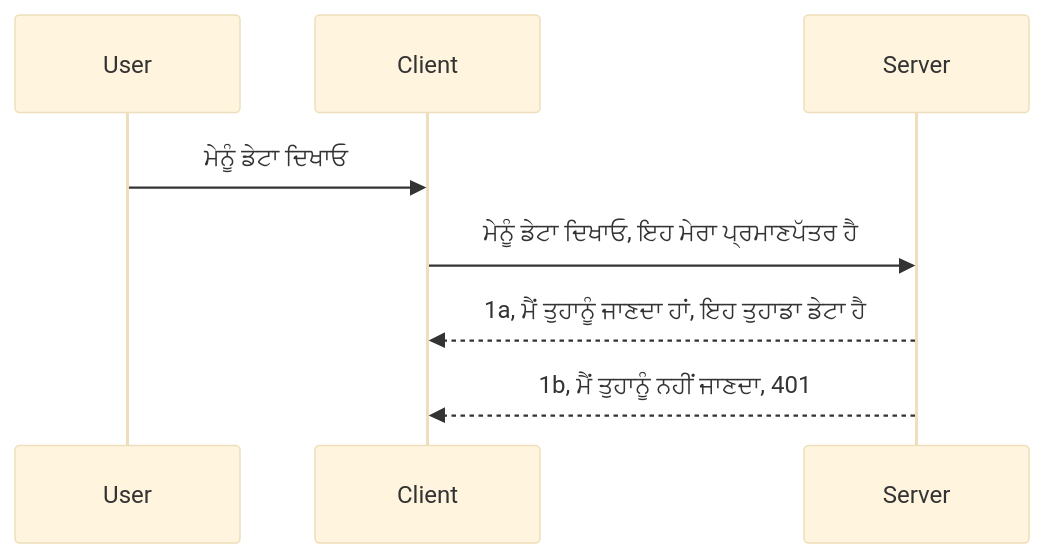
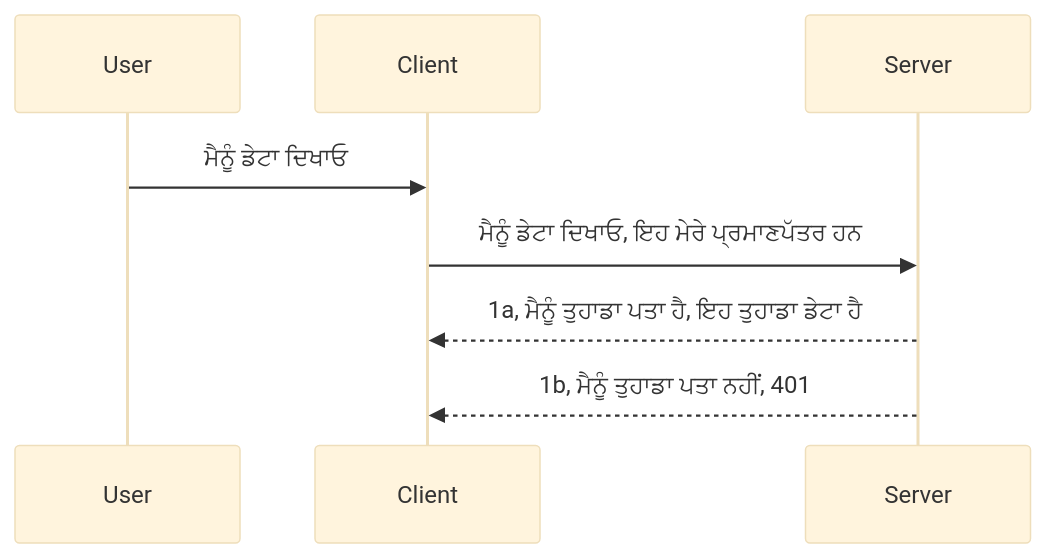
The diagram in mcp_ecosystem__model_context_protocol/mcp_learning_resources/mcp-for-beginners/translations/pa/03-GettingStarted/11-simple-auth/README.md (HIDORAKAI002/ai-workspace-archive), drawn with Mermaid (base theme) before and after one commit. The commit also changed other lines of this file and 1046 other files, not shown here.

````diff
--- a/mcp_ecosystem__model_context_protocol/mcp_learning_resources/mcp-for-beginners/translations/pa/03-GettingStarted/11-simple-auth/README.md
+++ b/mcp_ecosystem__model_context_protocol/mcp_learning_resources/mcp-for-beginners/translations/pa/03-GettingStarted/11-simple-auth/README.md
@@ -24,11 +24,11 @@
 ```mermaid
 sequenceDiagram
    participant User
    participant Client
    participant Server
 
-   User->>Client: ਮੇਨੂੰ ਡੇਟਾ ਦਿਖਾਓ
-   Client->>Server: ਮੇਨੂੰ ਡੇਟਾ ਦਿਖਾਓ, ਇਹ ਮੇਰਾ ਪ੍ਰਮਾਣਪੱਤਰ ਹੈ
-   Server-->>Client: 1a, ਮੈਂ ਤੁਹਾਨੂੰ ਜਾਣਦਾ ਹਾਂ, ਇਹ ਤੁਹਾਡਾ ਡੇਟਾ ਹੈ
-   Server-->>Client: 1b, ਮੈਂ ਤੁਹਾਨੂੰ ਨਹੀਂ ਜਾਣਦਾ, 401 
+   User->>Client: ਮੈਨੂੰ ਡੇਟਾ ਦਿਖਾਓ
+   Client->>Server: ਮੈਨੂੰ ਡੇਟਾ ਦਿਖਾਓ, ਇਹ ਮੇਰੇ ਪ੍ਰਮਾਣਪੱਤਰ ਹਨ
+   Server-->>Client: 1a, ਮੈਨੂੰ ਤੁਹਾਡਾ ਪਤਾ ਹੈ, ਇਹ ਤੁਹਾਡਾ ਡੇਟਾ ਹੈ
+   Server-->>Client: 1b, ਮੈਨੂੰ ਤੁਹਾਡਾ ਪਤਾ ਨਹੀਂ, 401 
 ```
````
